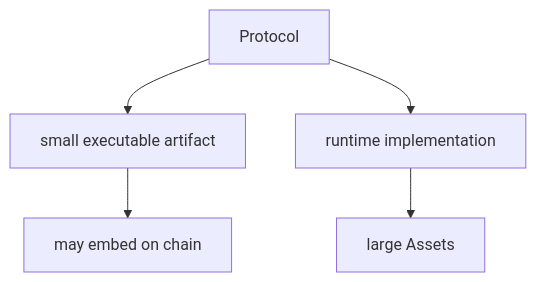
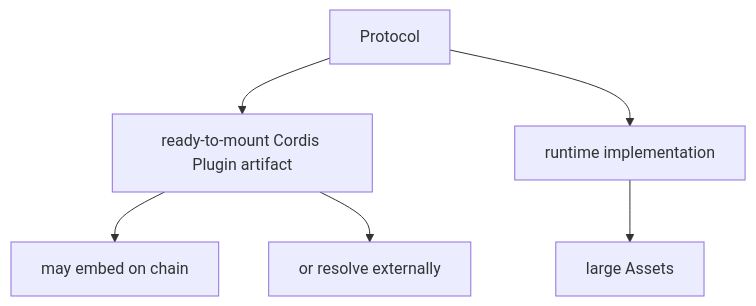
One commit to labourchain/core-plugins changed the third of 3 diagrams in docs/architecture.md. Above: the diagram before and after it, drawn with Mermaid. The commit also changed other lines of this file and 7 other files, not shown here.

First line of the commit message:
docs: define Cordis Protocol runtime artifact contract (#33)

````diff
--- a/docs/architecture.md
+++ b/docs/architecture.md
@@ -130,7 +143,8 @@
 ```mermaid
 flowchart TB
-    P["Protocol"] --> A["small executable artifact"]
+    P["Protocol"] --> A["ready-to-mount Cordis Plugin artifact"]
     A --> Chain["may embed on chain"]
+    A --> External["or resolve externally"]
     P --> Run["runtime implementation"]
     Run --> Asset["large Assets"]
 ```
````
